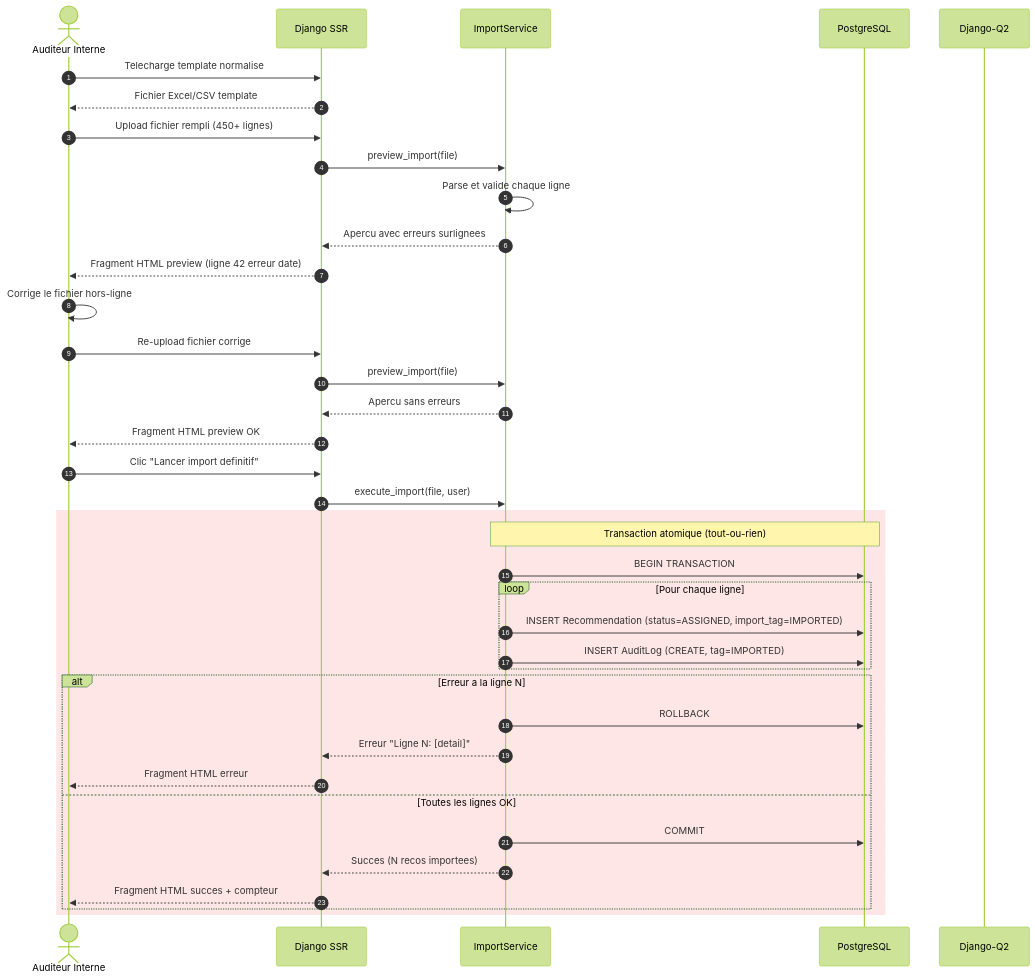
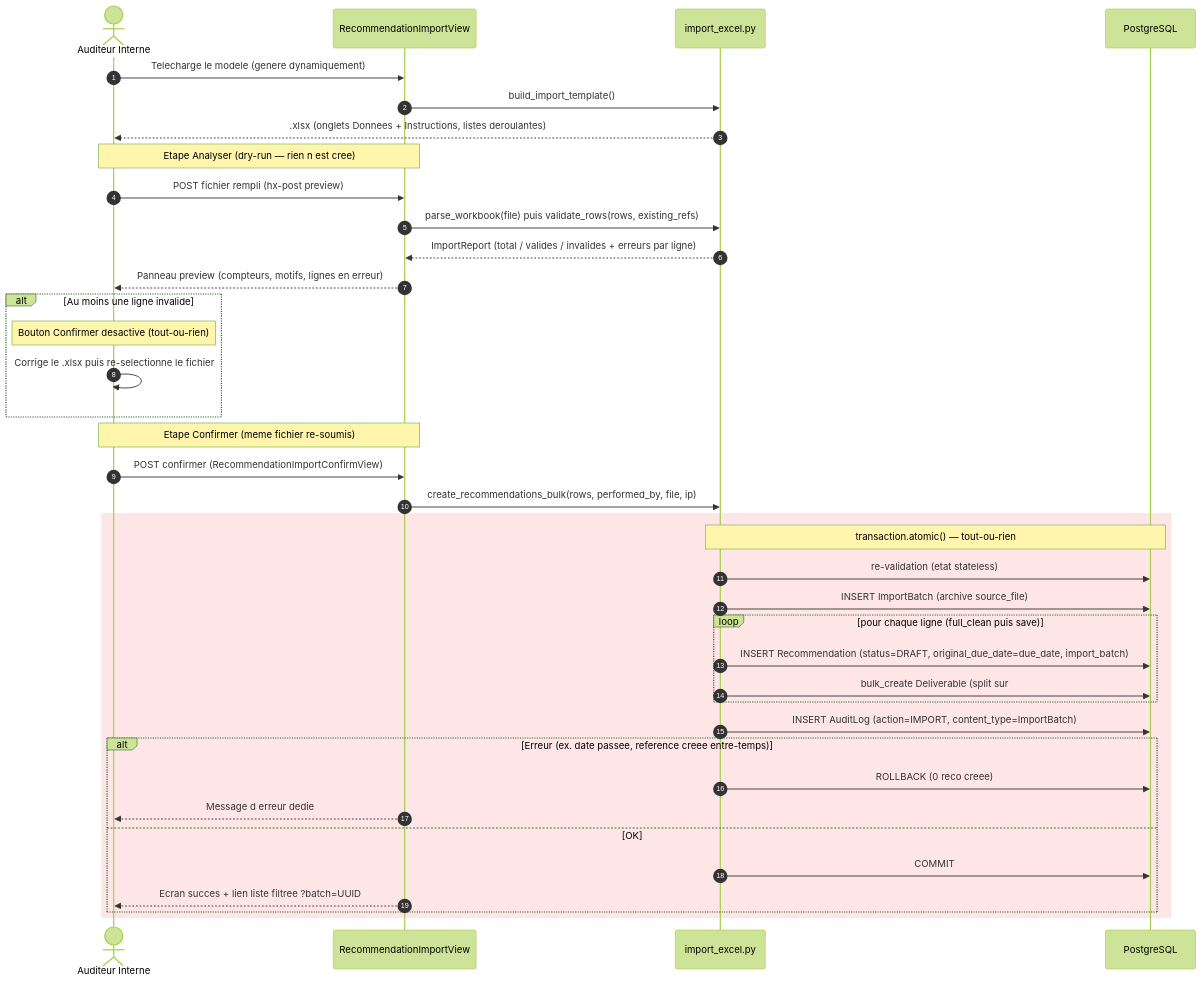
The tenth of 22 diagrams in _bmad-output/planning-artifacts/system-diagrams.md (Tchendjou2003/bicec--Sentinel), drawn with Mermaid (forest theme) before and after one commit. The commit also changed other lines of this file and 6 other files, not shown here.

First line of the commit message:
chore(bmad): hygiène stories + sprint-status + story 5.1 + diagrammes v2.0

````diff
--- a/_bmad-output/planning-artifacts/system-diagrams.md
+++ b/_bmad-output/planning-artifacts/system-diagrams.md
@@ -662,46 +778,44 @@
 ```mermaid
 sequenceDiagram
     autonumber
     actor AU as Auditeur Interne
-    participant APP as Django SSR
-    participant SVC as ImportService
+    participant APP as RecommendationImportView
+    participant MOD as import_excel.py
     participant DB as PostgreSQL
-    participant Q2 as Django-Q2
 
-    AU->>APP: Telecharge template normalise
-    APP-->>AU: Fichier Excel/CSV template
+    AU->>APP: Telecharge le modele (genere dynamiquement)
+    APP->>MOD: build_import_template()
+    MOD-->>AU: .xlsx (onglets Donnees + Instructions, listes deroulantes)
 
-    AU->>APP: Upload fichier rempli (450+ lignes)
-    APP->>SVC: preview_import(file)
-    SVC->>SVC: Parse et valide chaque ligne
-    SVC-->>APP: Apercu avec erreurs surlignees
-    APP-->>AU: Fragment HTML preview (ligne 42 erreur date)
+    Note over AU,APP: Etape Analyser (dry-run — rien n est cree)
+    AU->>APP: POST fichier rempli (hx-post preview)
+    APP->>MOD: parse_workbook(file) puis validate_rows(rows, existing_refs)
+    MOD-->>APP: ImportReport (total / valides / invalides + erreurs par ligne)
+    APP-->>AU: Panneau preview (compteurs, motifs, lignes en erreur)
 
-    AU->>AU: Corrige le fichier hors-ligne
+    alt Au moins une ligne invalide
+        Note over AU: Bouton Confirmer desactive (tout-ou-rien)
+        AU->>AU: Corrige le .xlsx puis re-selectionne le fichier
+    end
 
-    AU->>APP: Re-upload fichier corrige
-    APP->>SVC: preview_import(file)
-    SVC-->>APP: Apercu sans erreurs
-    APP-->>AU: Fragment HTML preview OK
-
-    AU->>APP: Clic "Lancer import definitif"
-    APP->>SVC: execute_import(file, user)
-
+    Note over AU,APP: Etape Confirmer (meme fichier re-soumis)
+    AU->>APP: POST confirmer (RecommendationImportConfirmView)
+    APP->>MOD: create_recommendations_bulk(rows, performed_by, file, ip)
     rect rgb(255, 230, 230)
-        Note over SVC, DB: Transaction atomique (tout-ou-rien)
-        SVC->>DB: BEGIN TRANSACTION
-        loop Pour chaque ligne
-            SVC->>DB: INSERT Recommendation (status=ASSIGNED, import_tag=IMPORTED)
-            SVC->>DB: INSERT AuditLog (CREATE, tag=IMPORTED)
+        Note over MOD,DB: transaction.atomic() — tout-ou-rien
+        MOD->>DB: re-validation (etat stateless)
+        MOD->>DB: INSERT ImportBatch (archive source_file)
+        loop pour chaque ligne (full_clean puis save)
+            MOD->>DB: INSERT Recommendation (status=DRAFT, original_due_date=due_date, import_batch)
+            MOD->>DB: bulk_create Deliverable (split sur ;)
         end
-        alt Erreur a la ligne N
-            SVC->>DB: ROLLBACK
-            SVC-->>APP: Erreur "Ligne N: [detail]"
-            APP-->>AU: Fragment HTML erreur
-        else Toutes les lignes OK
-            SVC->>DB: COMMIT
-            SVC-->>APP: Succes (N recos importees)
-            APP-->>AU: Fragment HTML succes + compteur
+        MOD->>DB: INSERT AuditLog (action=IMPORT, content_type=ImportBatch)
+        alt Erreur (ex. date passee, reference creee entre-temps)
+            MOD->>DB: ROLLBACK (0 reco creee)
+            APP-->>AU: Message d erreur dedie
+        else OK
+            MOD->>DB: COMMIT
+            APP-->>AU: Ecran succes + lien liste filtree ?batch=UUID
         end
     end
 ```
````
